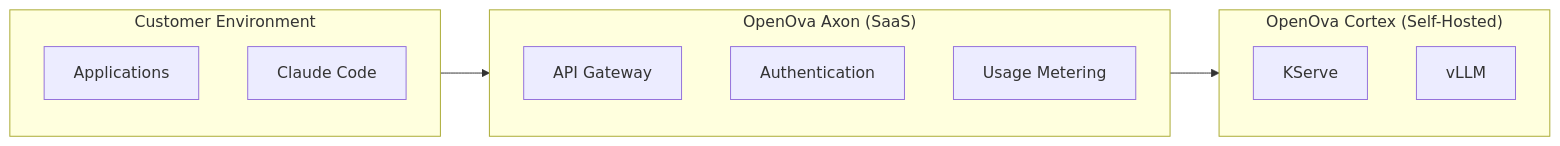
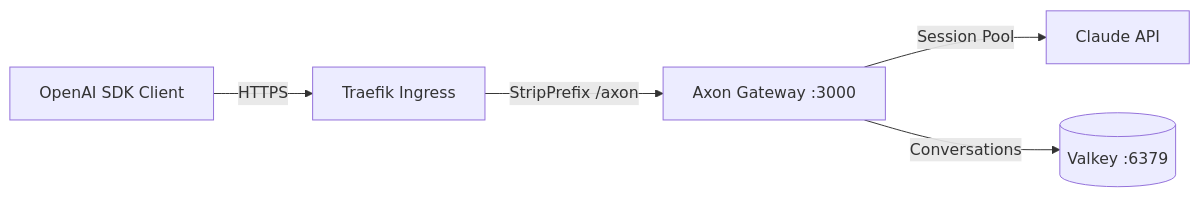
The diagram in products/axon/README.md (openova-io/openova), drawn with Mermaid before and after one commit. The commit also changed other lines of this file, not shown here.

First line of the commit message:
docs: rewrite Axon README as client integration guide

````diff
--- a/products/axon/README.md
+++ b/products/axon/README.md
@@ -13,21 +211,7 @@
 ```mermaid
 flowchart LR
-    subgraph Customer["Customer Environment"]
-        App[Applications]
-        Claude[Claude Code]
-    end
-
-    subgraph Axon["OpenOva Axon (SaaS)"]
-        Gateway[API Gateway]
-        Auth[Authentication]
-        Metering[Usage Metering]
-    end
-
-    subgraph Cortex["OpenOva Cortex (Self-Hosted)"]
-        KServe[KServe]
-        vLLM[vLLM]
-    end
-
-    Customer --> Axon
-    Axon --> Cortex
+    Client[OpenAI SDK Client] -->|HTTPS| Ingress[Traefik Ingress]
+    Ingress -->|StripPrefix /axon| Axon[Axon Gateway :3000]
+    Axon -->|Session Pool| Claude[Claude API]
+    Axon -->|Conversations| Valkey[(Valkey :6379)]
 ```
````
